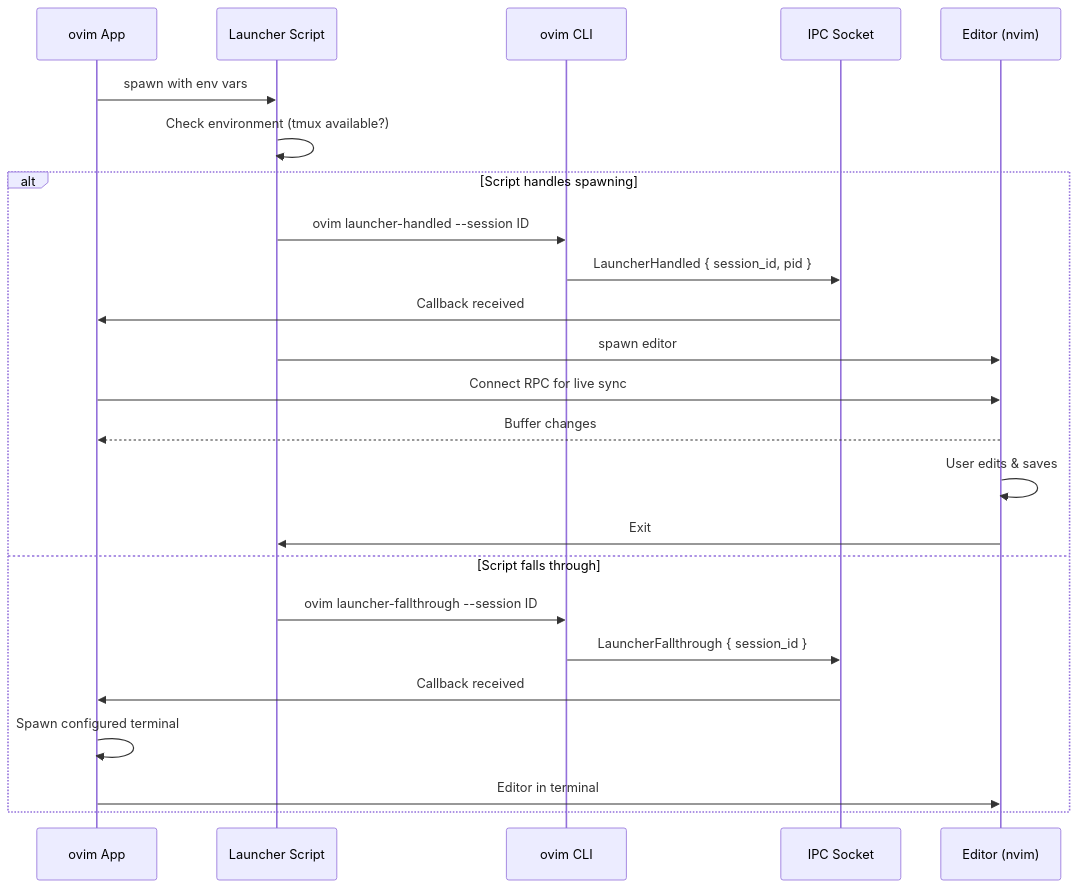
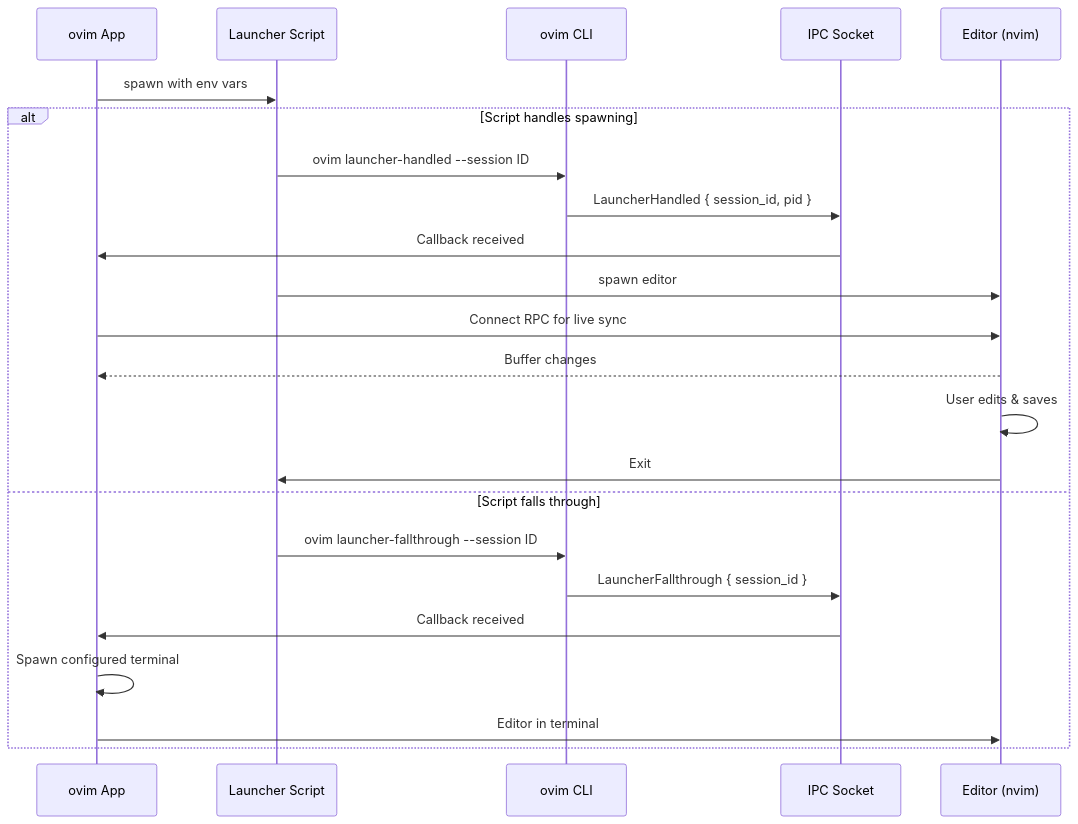
The second of 2 diagrams in docs/launcher-script.md (tonisives/ovim), drawn with Mermaid before and after one commit. The commit also changed other lines of this file and 2 other files, not shown here.

````diff
--- a/docs/launcher-script.md
+++ b/docs/launcher-script.md
@@ -175,28 +175,27 @@
 ```mermaid
 sequenceDiagram
     participant App as ovim App
     participant Script as Launcher Script
     participant CLI as ovim CLI
     participant IPC as IPC Socket
     participant Editor as Editor (nvim)
 
     App->>Script: spawn with env vars
-    Script->>Script: Check environment (tmux available?)
 
     alt Script handles spawning
         Script->>CLI: ovim launcher-handled --session ID
         CLI->>IPC: LauncherHandled { session_id, pid }
         IPC->>App: Callback received
         Script->>Editor: spawn editor
         App->>Editor: Connect RPC for live sync
         Editor-->>App: Buffer changes
         Editor->>Editor: User edits & saves
         Editor->>Script: Exit
     else Script falls through
         Script->>CLI: ovim launcher-fallthrough --session ID
         CLI->>IPC: LauncherFallthrough { session_id }
         IPC->>App: Callback received
         App->>App: Spawn configured terminal
         App->>Editor: Editor in terminal
     end
 ```
````
